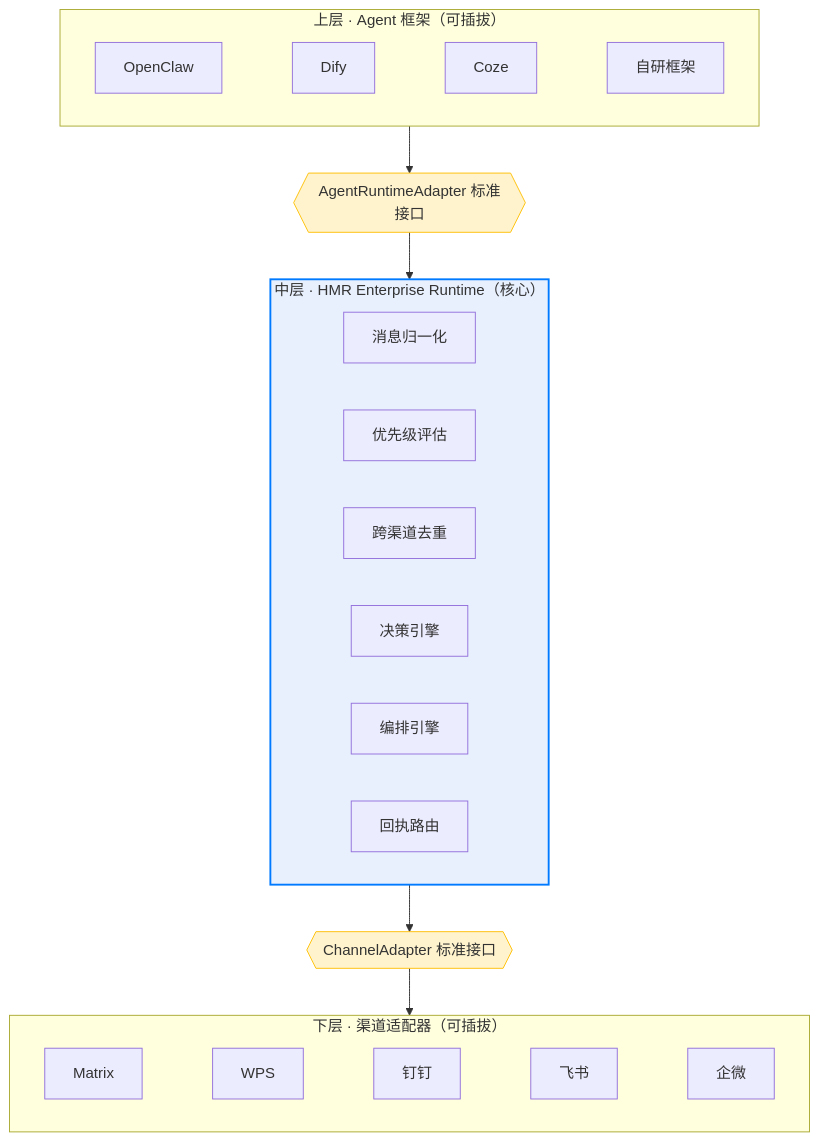
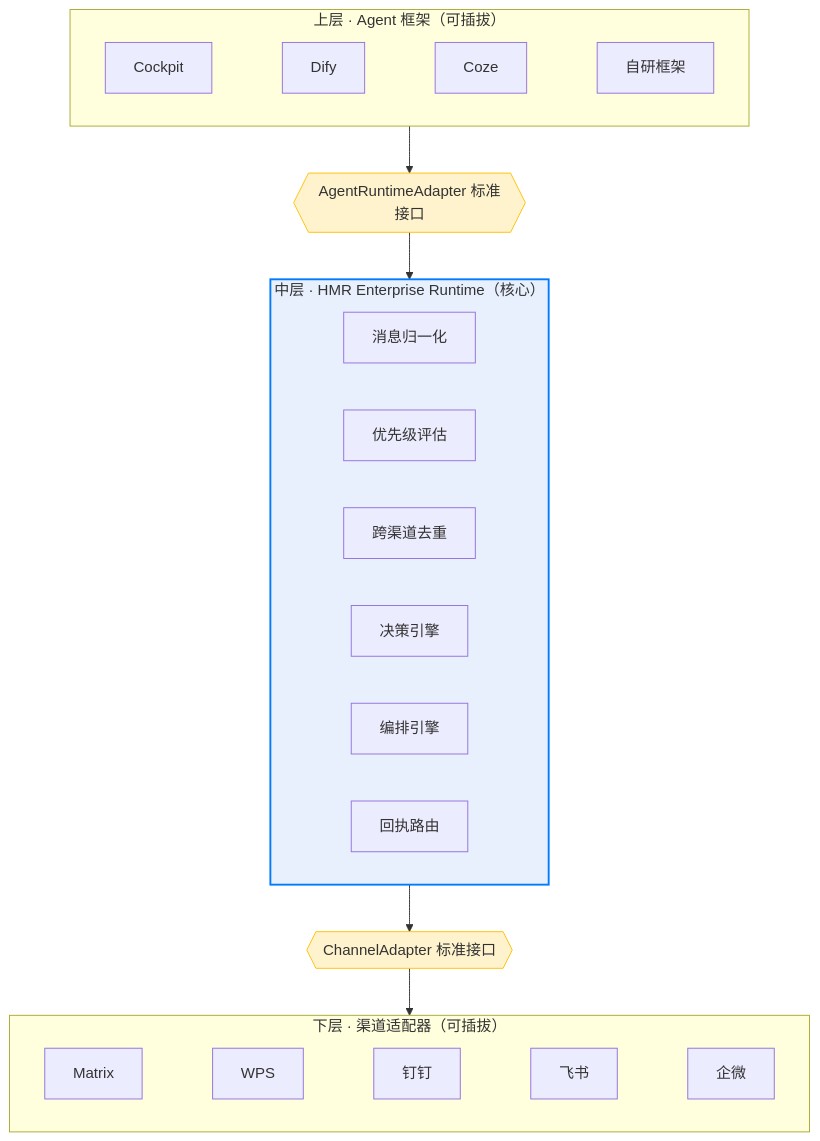
One commit to zqshi/Human-machine-runtime changed the first of 3 diagrams in README.md. Above: the diagram before and after it, drawn with Mermaid. The commit also changed other lines of this file and 345 other files, not shown here.

````diff
--- a/README.md
+++ b/README.md
@@ -31,29 +31,29 @@
 ```mermaid
 graph TB
   subgraph Upper["上层 · Agent 框架（可插拔）"]
-    OC["OpenClaw"] ~~~ Dify ~~~ Coze ~~~ Custom["自研框架"]
+    OC["Cockpit"] ~~~ Dify ~~~ Coze ~~~ Custom["自研框架"]
   end
 
   ARA{{"AgentRuntimeAdapter 标准接口"}}
 
   subgraph Core["中层 · HMR Enterprise Runtime（核心）"]
     MsgNorm["消息归一化"]
     Priority["优先级评估"]
     Dedup["跨渠道去重"]
     Decision["决策引擎"]
     Orchestrate["编排引擎"]
     Receipt["回执路由"]
   end
 
   CA{{"ChannelAdapter 标准接口"}}
 
   subgraph Lower["下层 · 渠道适配器（可插拔）"]
     Matrix ~~~ WPS["WPS"] ~~~ DingTalk["钉钉"] ~~~ Feishu["飞书"] ~~~ WeCom["企微"]
   end
 
   Upper --> ARA --> Core --> CA --> Lower
 
   style Core fill:#e8f0fe,stroke:#007AFF,stroke-width:2px
   style ARA fill:#fff3cd,stroke:#ffc107
   style CA fill:#fff3cd,stroke:#ffc107
 ```
````
